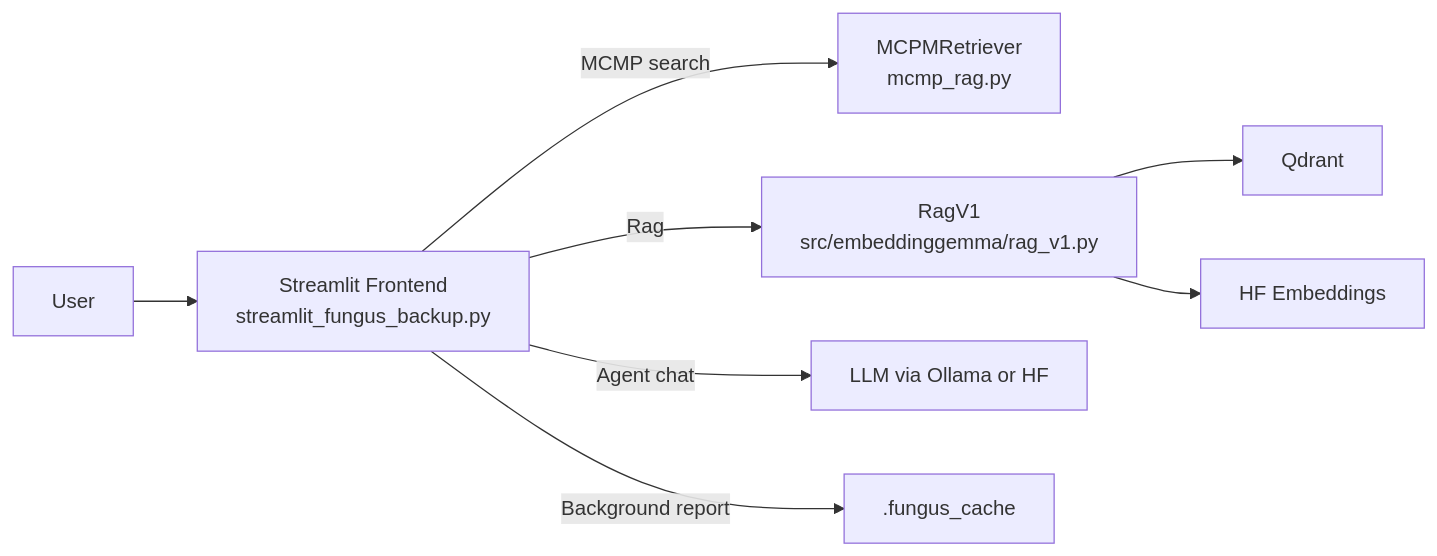
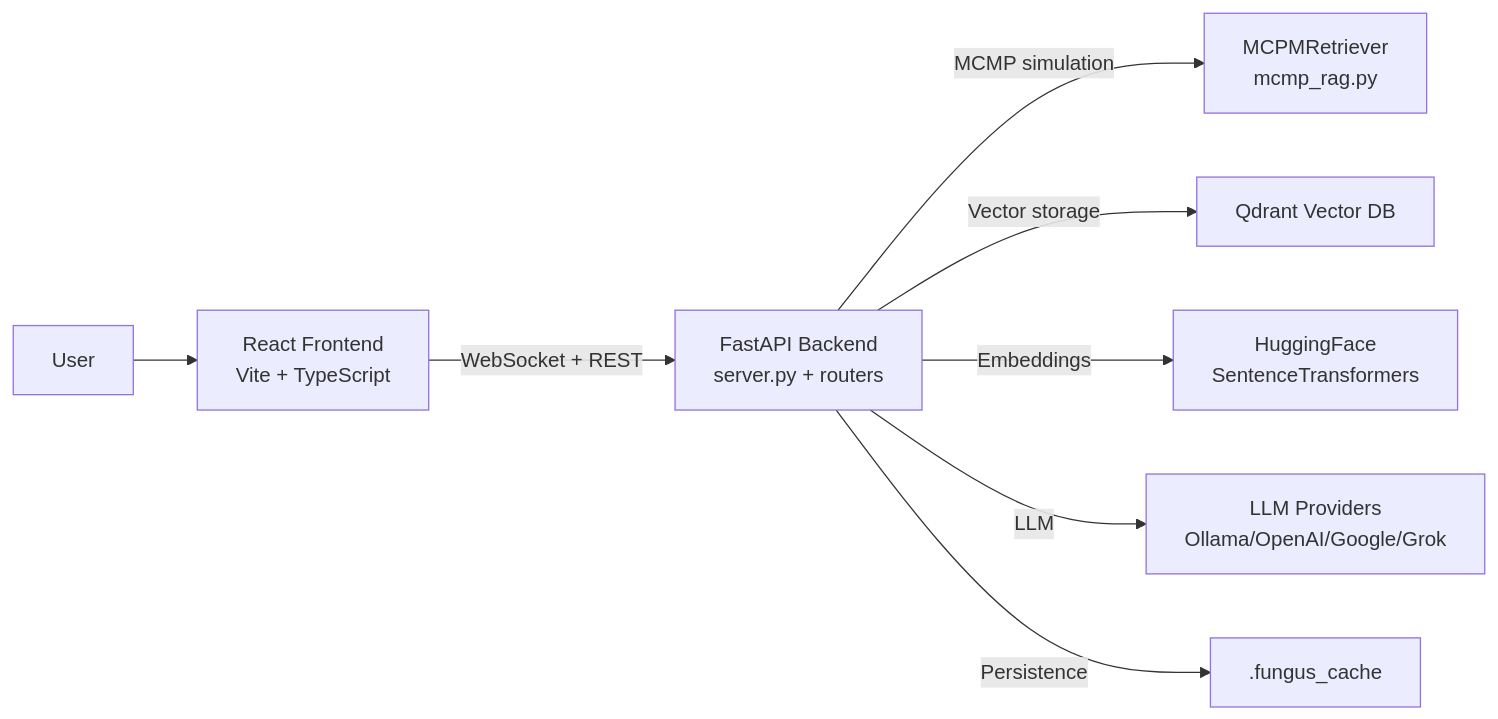
One commit to Flissel/la_fungus_search changed the first of 3 diagrams in docs/ARCHITECTURE.md. Above: the diagram before and after it, drawn with Mermaid. The commit also changed other lines of this file and 55 other files, not shown here.

````diff
--- a/docs/ARCHITECTURE.md
+++ b/docs/ARCHITECTURE.md
@@ -4,11 +18,10 @@
 ```mermaid
 graph LR
-  user[User] --> UI[Streamlit Frontend<br/>streamlit_fungus_backup.py]
-  UI -->|MCMP search| MCMP[MCPMRetriever<br/>mcmp_rag.py]
-  UI -->|Rag| RAG[RagV1<br/>src/embeddinggemma/rag_v1.py]
-  RAG --> Qdrant[Qdrant]
-  RAG --> HF[HF Embeddings]
-  UI -->|Agent chat| LLM[LLM via Ollama or HF]
-  UI -->|Background report| Cache[.fungus_cache]
-  %% FastAPI API removed
+  user[User] --> UI[React Frontend<br/>Vite + TypeScript]
+  UI -->|WebSocket + REST| API[FastAPI Backend<br/>server.py + routers]
+  API -->|MCMP simulation| MCMP[MCPMRetriever<br/>mcmp_rag.py]
+  API -->|Vector storage| Qdrant[Qdrant Vector DB]
+  API -->|Embeddings| HF[HuggingFace<br/>SentenceTransformers]
+  API -->|LLM| LLM[LLM Providers<br/>Ollama/OpenAI/Google/Grok]
+  API -->|Persistence| Cache[.fungus_cache]
 ```
````
